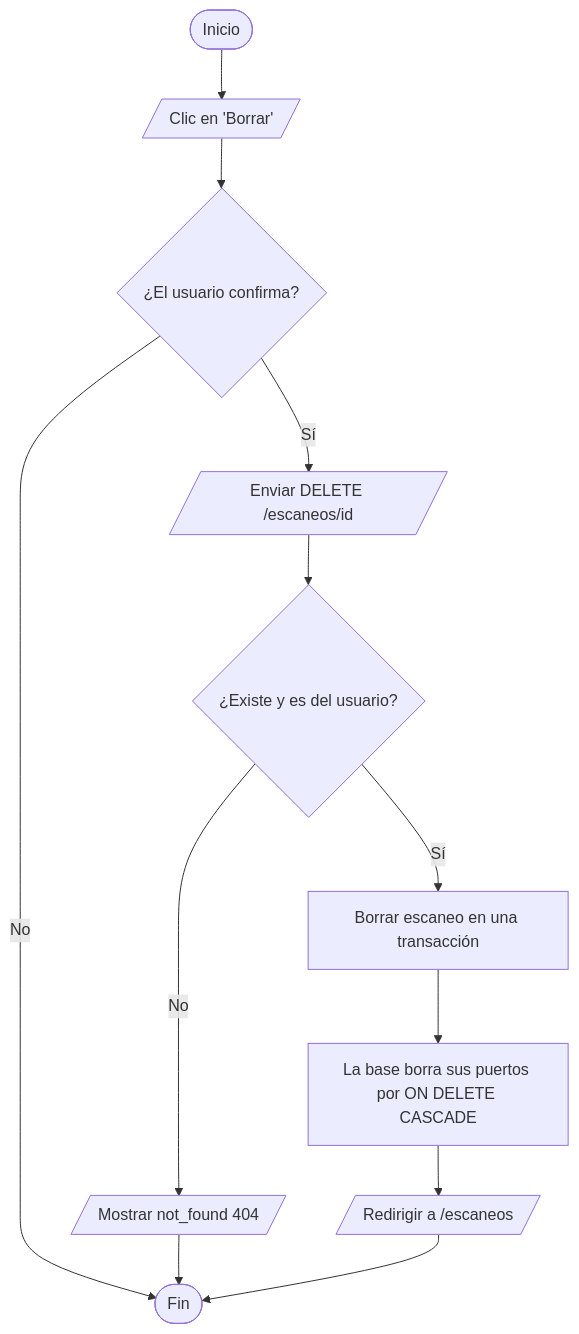
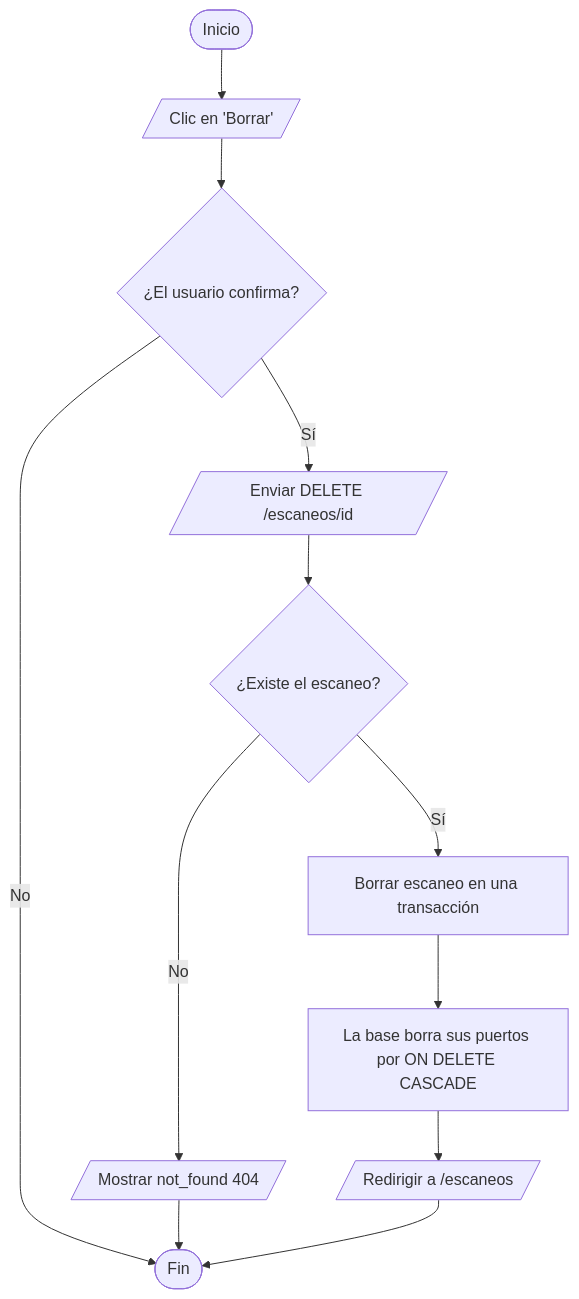
The sixth of 6 diagrams in docs/checkpoint-diagramas.md (Gambeta-latorre/pdi-eest4), drawn with Mermaid before and after one commit. The commit also changed other lines of this file and 7 other files, not shown here.

Commit message:
TP15 y diagramas: backlog sin login, historias US-1 a US-9

````diff
--- a/docs/checkpoint-diagramas.md
+++ b/docs/checkpoint-diagramas.md
@@ -129,12 +106,12 @@
 ```mermaid
 flowchart TD
     A([Inicio]) --> B[/Clic en 'Borrar'/]
     B --> C{¿El usuario confirma?}
     C -- No --> Z([Fin])
-    C -- Sí --> D[/Enviar DELETE /escaneos/id/]
-    D --> E{¿Existe y es del usuario?}
+    C -- Sí --> D[/"Enviar DELETE /escaneos/id"/]
+    D --> E{¿Existe el escaneo?}
     E -- No --> F[/Mostrar not_found 404/] --> Z
     E -- Sí --> G[Borrar escaneo en una transacción]
     G --> H[La base borra sus puertos por ON DELETE CASCADE]
-    H --> I[/Redirigir a /escaneos/] --> Z
+    H --> I[/"Redirigir a /escaneos"/] --> Z
 ```
````
